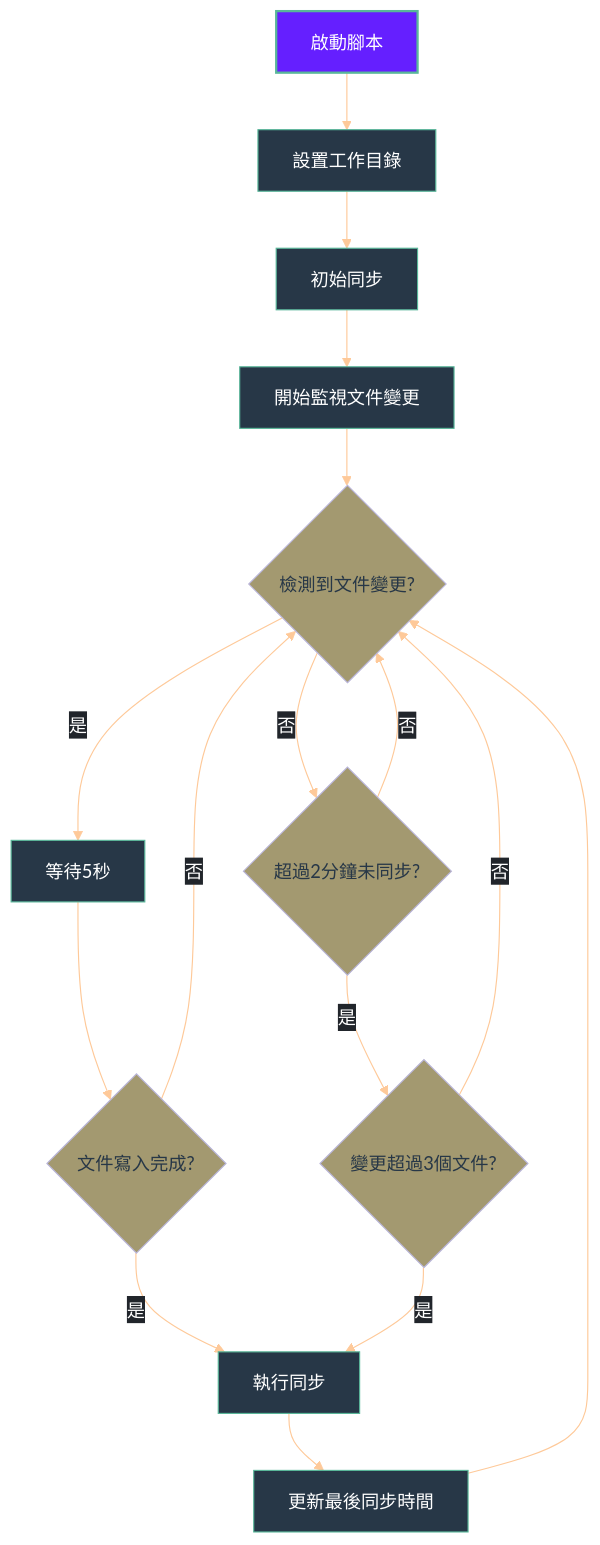
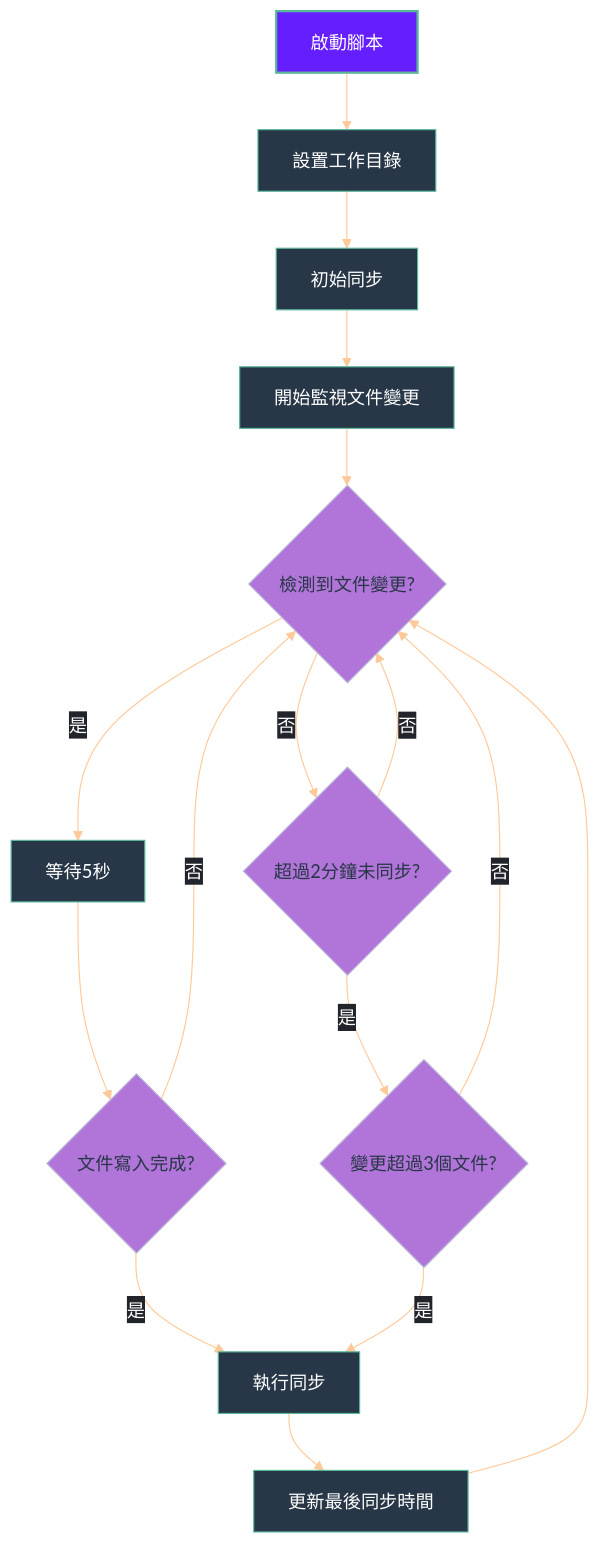
One commit to GengGeng026/Sync-Logseq changed the second of 2 diagrams in Logseq同步方案演進記錄.md. Above: the diagram before and after it, drawn with Mermaid.

Commit message:
Auto-sync: Wed Mar 26 10:21:01 +08 2025

````diff
--- a/Logseq同步方案演進記錄.md
+++ b/Logseq同步方案演進記錄.md
@@ -375,52 +375,52 @@
 ```mermaid
 %%{init: {
   'theme': 'base', 
   'themeVariables': {
     'primaryColor': '#19E9D9',
     'primaryTextColor': '#FFFFFF',
     'primaryBorderColor': '#59B79A',
     'lineColor': '#FEC999',
     'secondaryColor': '#FFCB6B',
     'tertiaryColor': '#F07178',
     'background': 'transparent',
     'textColor': '#EEFFFF',
     'mainBkg': '#273747',
     'nodeBorder': '#59B79A',
     'clusterBkg': 'transparent',
     'edgeLabelBackground': '#21252B'
   },
   'flowchart': {
     'curve': 'basis',
     'nodeSpacing': 50,
     'rankSpacing': 50,
     'padding': 15
   }
 }}%%
 flowchart TD
     %% 節點樣式優化
     classDef start fill:#651FFF,stroke:#59B79A,color:#FFFFFF,stroke-width:2px;
     classDef process fill:#19E9D,stroke:#59B79A,color:#FFFFFF,stroke-width:1px;
-    classDef condition fill:#6519,stroke:#B9B5D9,color:#273747,stroke-width:1px,shape:diamond;
+    classDef condition fill:#B175D9,stroke:#B9B5D9,color:#273747,stroke-width:1px,shape:diamond;
     classDef action fill:#F07178,stroke:#59B79A,color:#FFFFFF,stroke-width:1px;
     
     A[啟動腳本] --> B[設置工作目錄]
     B --> C[初始同步]
     C --> D[開始監視文件變更]
     D --> E{檢測到文件變更?}
     E -->|是| F[等待5秒]
     F --> G{文件寫入完成?}
     G -->|是| H[執行同步]
     G -->|否| E
     E -->|否| I{超過2分鐘未同步?}
     I -->|是| J{變更超過3個文件?}
     J -->|是| H
     J -->|否| E
     I -->|否| E
     H --> K[更新最後同步時間]
     K --> E
     
     %% 應用樣式
     class A start;
     class B,C,D,F,H,K process;
     class E,G,I,J condition;
 ```
````
